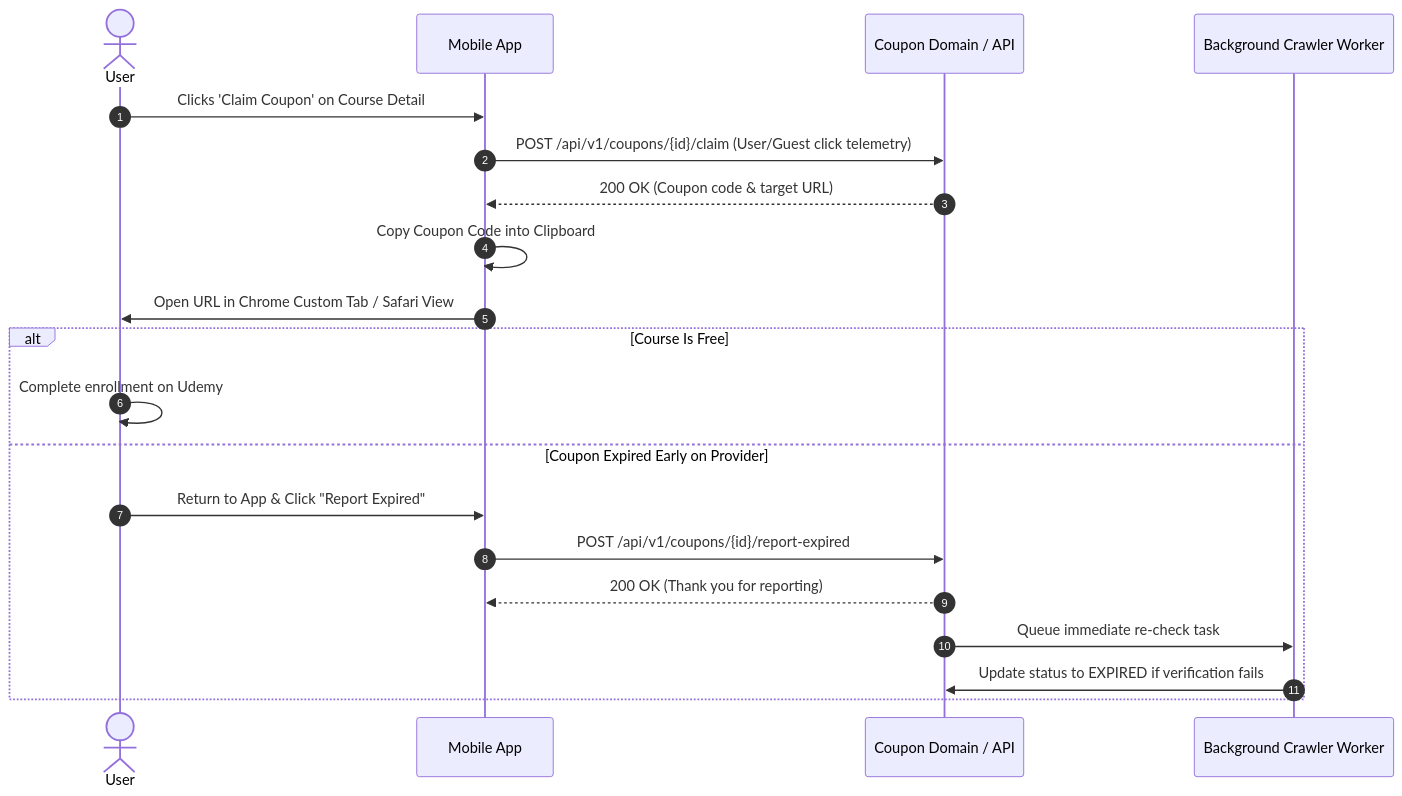
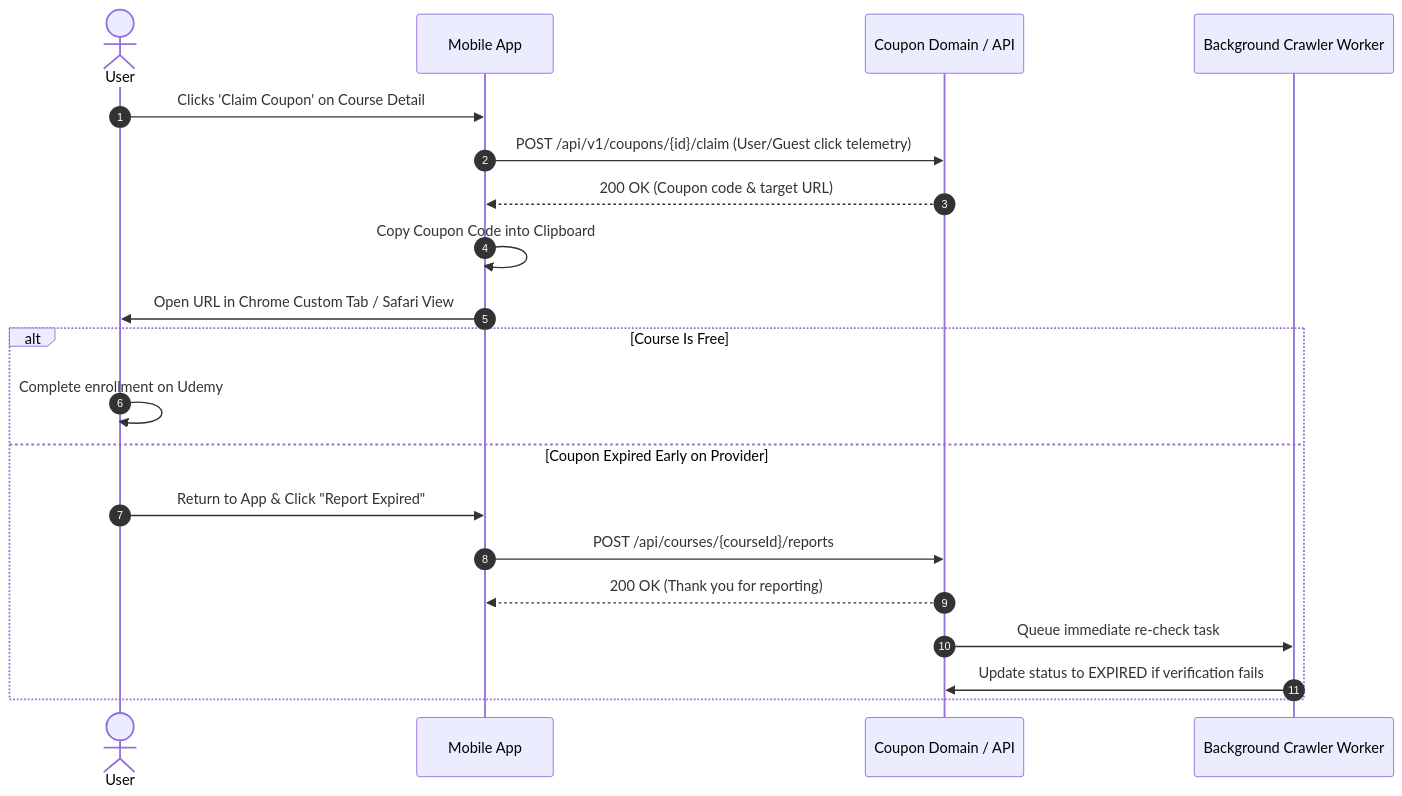
One commit to Huythanh0x/course_deals_ComposeMultiplatform changed the second of 2 diagrams in docs/product/flows/03-coupon-claim-and-redemption.md. Above: the diagram before and after it, drawn with Mermaid. The commit also changed 18 other files, not shown here.

````diff
--- a/docs/product/flows/03-coupon-claim-and-redemption.md
+++ b/docs/product/flows/03-coupon-claim-and-redemption.md
@@ -26,24 +26,24 @@
 ```mermaid
 sequenceDiagram
     autonumber
     actor User
     participant App as Mobile App
     participant BE as Coupon Domain / API
     participant Scraper as Background Crawler Worker
 
     User->>App: Clicks 'Claim Coupon' on Course Detail
     App->>BE: POST /api/v1/coupons/{id}/claim (User/Guest click telemetry)
     BE-->>App: 200 OK (Coupon code & target URL)
     App->>App: Copy Coupon Code into Clipboard
     App->>User: Open URL in Chrome Custom Tab / Safari View
 
     alt Course Is Free
         User->>User: Complete enrollment on Udemy
     else Coupon Expired Early on Provider
         User->>App: Return to App & Click "Report Expired"
-        App->>BE: POST /api/v1/coupons/{id}/report-expired
+        App->>BE: POST /api/courses/{courseId}/reports
         BE-->>App: 200 OK (Thank you for reporting)
         BE->>Scraper: Queue immediate re-check task
         Scraper->>BE: Update status to EXPIRED if verification fails
     end
 ```
````
